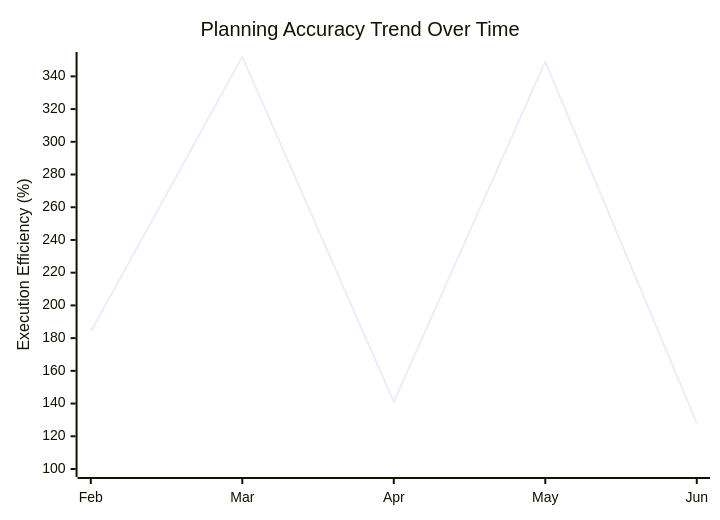
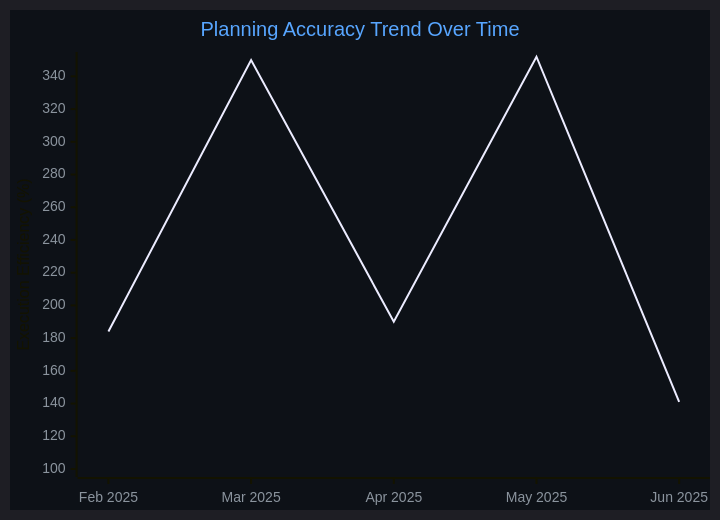
Before and after one commit to DataAnalyst4Shreya/Supply-Chain-Analysis: the diagram in README.md, drawn with Mermaid.

````diff
--- a/README.md
+++ b/README.md
@@ -104,7 +104,22 @@
 ```mermaid
+%%{
+  init: {
+    'theme': 'dark',
+    'themeVariables': {
+      'xyChart': {
+        'backgroundColor': '#0d1117',
+        'plotColor': '#161b22',
+        'titleColor': '#58a6ff',
+        'xAxisLabelColor': '#8b949e',
+        'yAxisLabelColor': '#8b949e',
+        'chartLineWidth': '1.5'
+      }
+    }
+  }
+}%%
 xychart-beta
     title "Planning Accuracy Trend Over Time"
-    x-axis ["Feb", "Mar", "Apr", "May", "Jun"]
+    x-axis ["Feb 2025", "Mar 2025", "Apr 2025", "May 2025", "Jun 2025"]
     y-axis "Execution Efficiency (%)" 100 --> 350
-    line [184, 352, 141, 349, 128, 341, 130, 155, 351, 139, 155]
+    line [184, 350, 190, 352, 141, 290, 160, 325, 150, 310, 175, 255, 155, 250, 141, 185, 145, 190, 150, 349, 130, 315, 128, 337, 145, 280, 170, 330, 180, 320, 140, 335, 131, 285, 341, 130, 290, 160, 325, 142, 230, 138, 248, 165, 220, 150, 135, 180, 200, 150, 240, 165, 190, 165, 300, 180, 325, 145, 315, 135, 140, 295, 131, 135, 351, 150, 240, 139, 325, 290, 245, 165, 330, 335, 190, 180, 240, 155]
 ```
````
